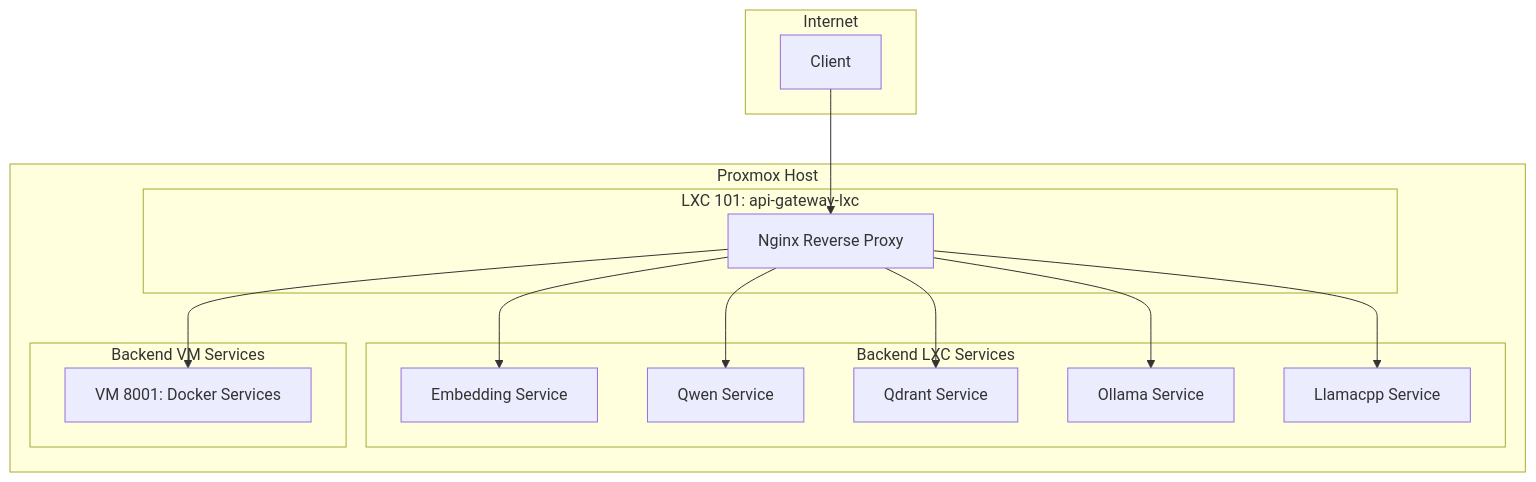
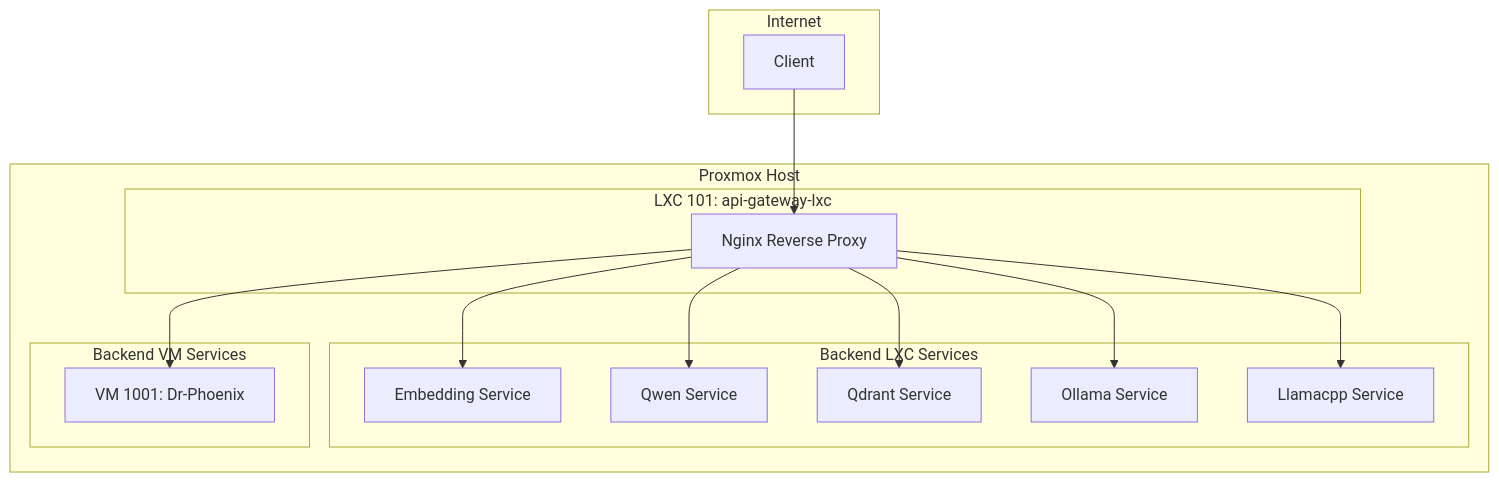
The fifth of 5 diagrams in Thinkheads.AI_docs/02_technical_strategy_and_architecture/26_phoenix_hypervisor_unified_architecture_guide.md (SirHeads/Testing-ideas), drawn with Mermaid before and after one commit. The commit also changed other lines of this file and 7 other files, not shown here.

````diff
--- a/Thinkheads.AI_docs/02_technical_strategy_and_architecture/26_phoenix_hypervisor_unified_architecture_guide.md
+++ b/Thinkheads.AI_docs/02_technical_strategy_and_architecture/26_phoenix_hypervisor_unified_architecture_guide.md
@@ -270,32 +270,32 @@
 ```mermaid
 graph TD
     subgraph "Internet"
         A[Client]
     end
 
     subgraph "Proxmox Host"
         subgraph "LXC 101: api-gateway-lxc"
             B[Nginx Reverse Proxy]
         end
 
         subgraph "Backend LXC Services"
             C[Embedding Service]
             D[Qwen Service]
             E[Qdrant Service]
             H[Ollama Service]
             I[Llamacpp Service]
         end
 
         subgraph "Backend VM Services"
-            VM[VM 8001: Docker Services]
+            VM[VM 1001: Dr-Phoenix]
         end
     end
 
     A --> B
     B --> C
     B --> D
     B --> E
     B --> H
     B --> I
     B --> VM
 ```
````
